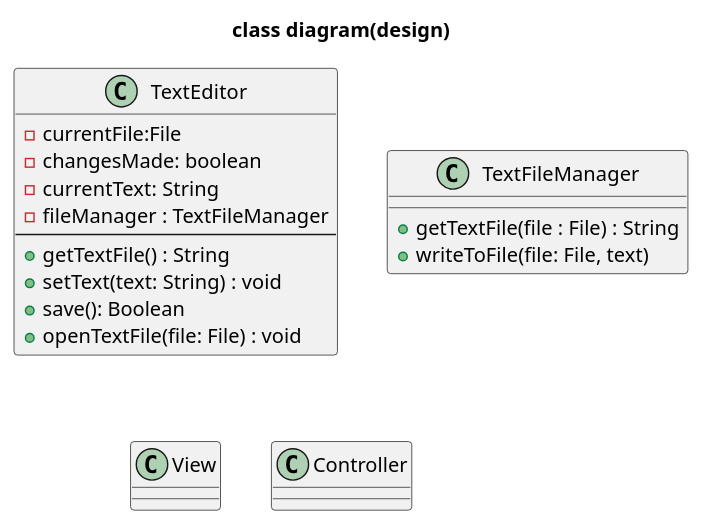
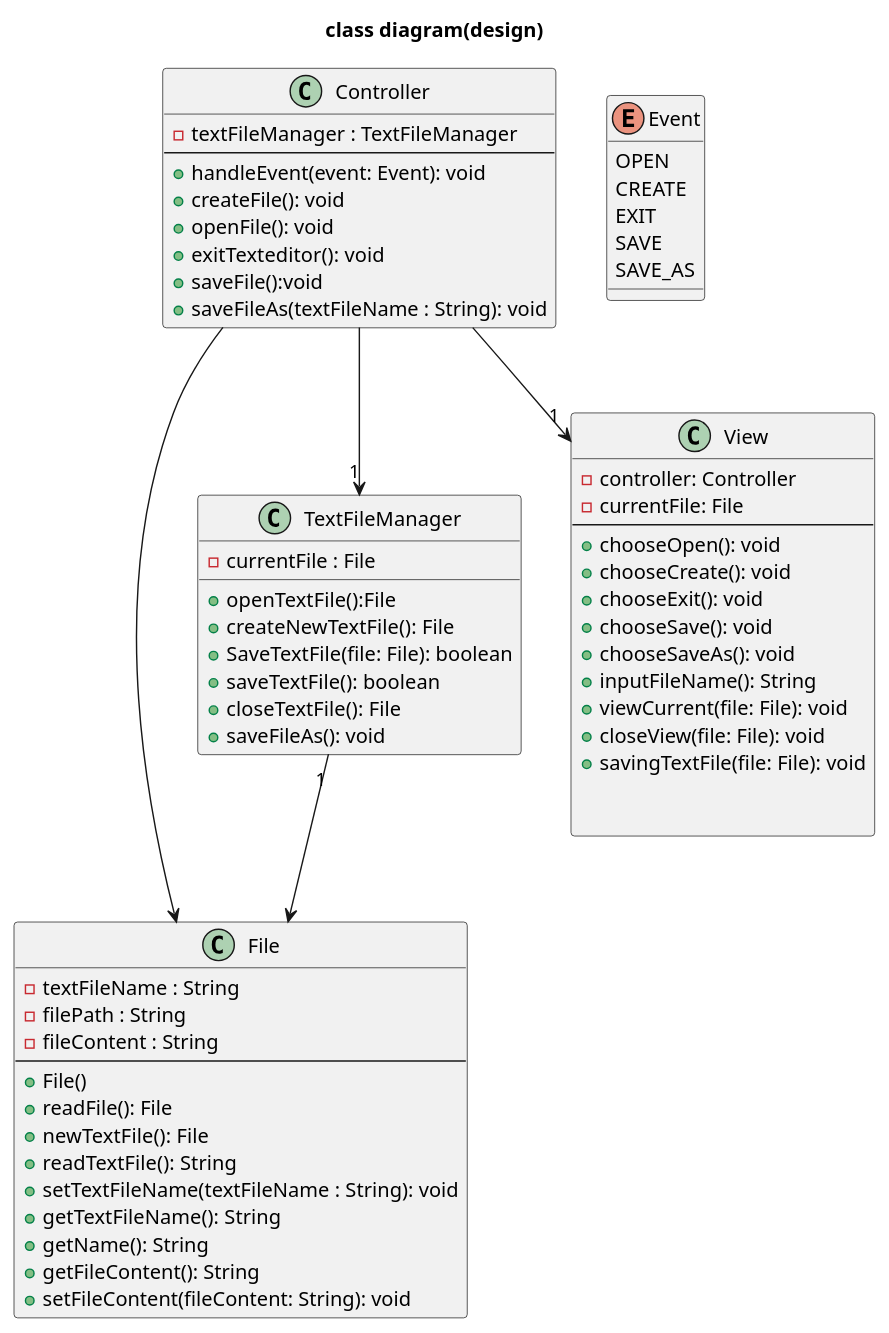
The diagram in laboration1/class-diagram.pu (Oliverpe/ISGC08), drawn with PlantUML before and after one commit. The commit also changed 19 other files, not shown here.

```diff
--- a/laboration1/class-diagram.pu
+++ b/laboration1/class-diagram.pu
@@ -1,28 +1,77 @@
 @startuml 
 title class diagram(design)
 
-class TextEditor {
-- currentFile:File
--changesMade: boolean
--currentText: String
--fileManager : TextFileManager
+class File {
+- textFileName : String
+- filePath : String
+- fileContent : String
 --
-+ getTextFile() : String
-+ setText(text: String) : void
-+ save(): Boolean
-+ openTextFile(file: File) : void
++ File()
++ readFile(): File
++ newTextFile(): File
++ readTextFile(): String
++ setTextFileName(textFileName : String): void
++ getTextFileName(): String
++ getName(): String
++ getFileContent(): String
++ setFileContent(fileContent: String): void
 }
-
-class TextFileManager{ 
-+ getTextFile(file : File) : String
-+ writeToFile(file: File, text)
+	
+class TextFileManager{
+- currentFile : File
++ openTextFile():File
++ createNewTextFile(): File
++ SaveTextFile(file: File): boolean
++ saveTextFile(): boolean
++ closeTextFile(): File
++ saveFileAs(): void
 }
-
-class View{}
-
-class Controller{}
 
 
 
 
+
+class View{ 
+- controller: Controller
+- currentFile: File
+--
++ chooseOpen(): void
++ chooseCreate(): void
++ chooseExit(): void
++ chooseSave(): void
++ chooseSaveAs(): void
++ inputFileName(): String
++ viewCurrent(file: File): void
++ closeView(file: File): void
++ savingTextFile(file: File): void
+
+
+}
+
+class Controller{ 
+- textFileManager : TextFileManager
+--
++ handleEvent(event: Event): void
++ createFile(): void
++ openFile(): void
++ exitTexteditor(): void
++ saveFile():void
++ saveFileAs(textFileName : String): void
+}
+
+enum Event {
+OPEN
+CREATE
+EXIT
+SAVE
+SAVE_AS
+}
+
+
+Controller --> "1" TextFileManager
+TextFileManager "1" -->  File
+Controller --> File
+Controller --> "1" View
+
+
 @enduml
```
